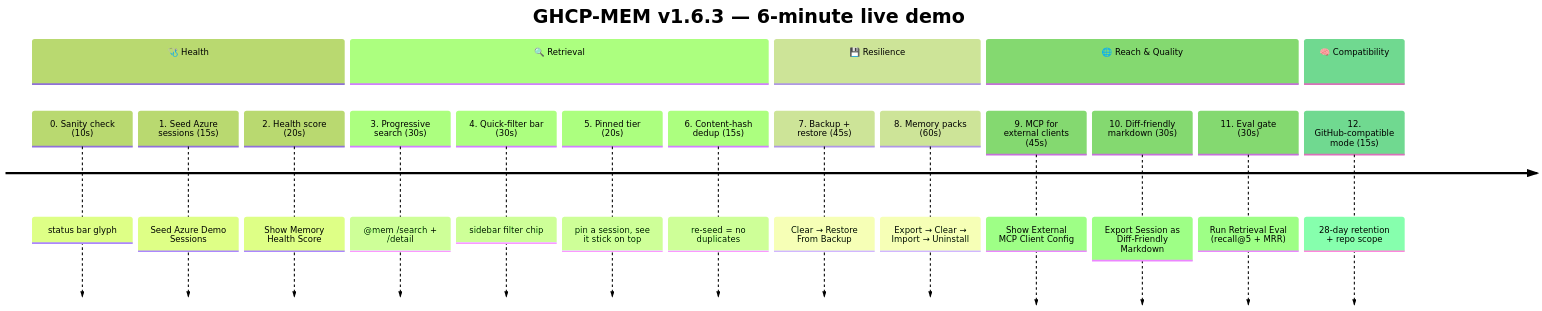
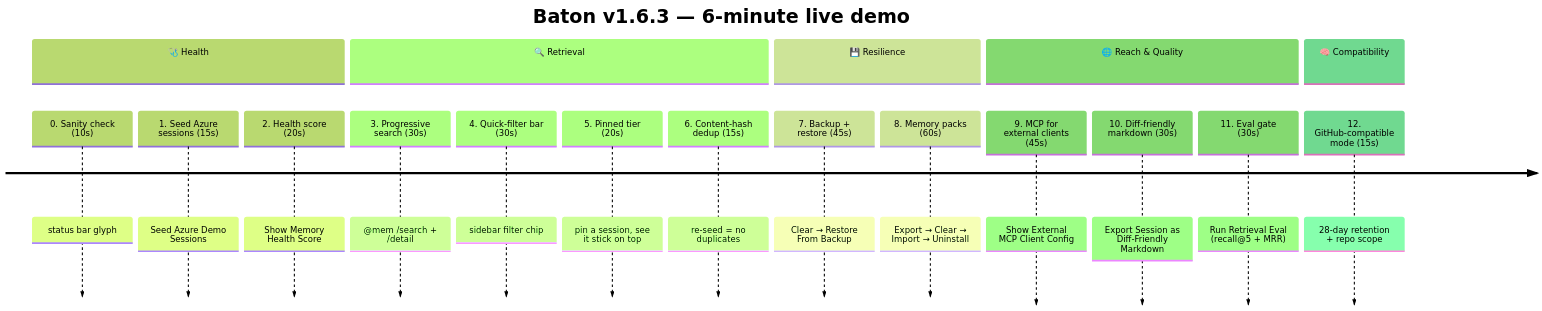
The first of 5 diagrams in docs/DEMO.md (Oluseyi-Kofoworola/ghcp-mem), drawn with Mermaid (forest theme) before and after one commit. The commit also changed other lines of this file and 45 other files, not shown here.

````diff
--- a/docs/DEMO.md
+++ b/docs/DEMO.md
@@ -20,22 +20,22 @@
 ```mermaid
 timeline
-    title GHCP-MEM v1.6.3 — 6-minute live demo
+    title Baton v1.6.3 — 6-minute live demo
     section 🩺 Health
         0. Sanity check (10s)              : status bar glyph
         1. Seed Azure sessions (15s)       : Seed Azure Demo Sessions
         2. Health score (20s)              : Show Memory Health Score
     section 🔍 Retrieval
         3. Progressive search (30s)        : @mem /search + /detail
         4. Quick-filter bar (30s)          : sidebar filter chip
         5. Pinned tier (20s)               : pin a session, see it stick on top
         6. Content-hash dedup (15s)        : re-seed = no duplicates
     section 💾 Resilience
         7. Backup + restore (45s)          : Clear → Restore From Backup
         8. Memory packs (60s)              : Export → Clear → Import → Uninstall
     section 🌐 Reach & Quality
         9. MCP for external clients (45s)  : Show External MCP Client Config
         10. Diff-friendly markdown (30s)   : Export Session as Diff-Friendly Markdown
         11. Eval gate (30s)                : Run Retrieval Eval (recall@5 + MRR)
     section 🧠 Compatibility
         12. GitHub-compatible mode (15s)   : 28-day retention + repo scope
 ```
````
